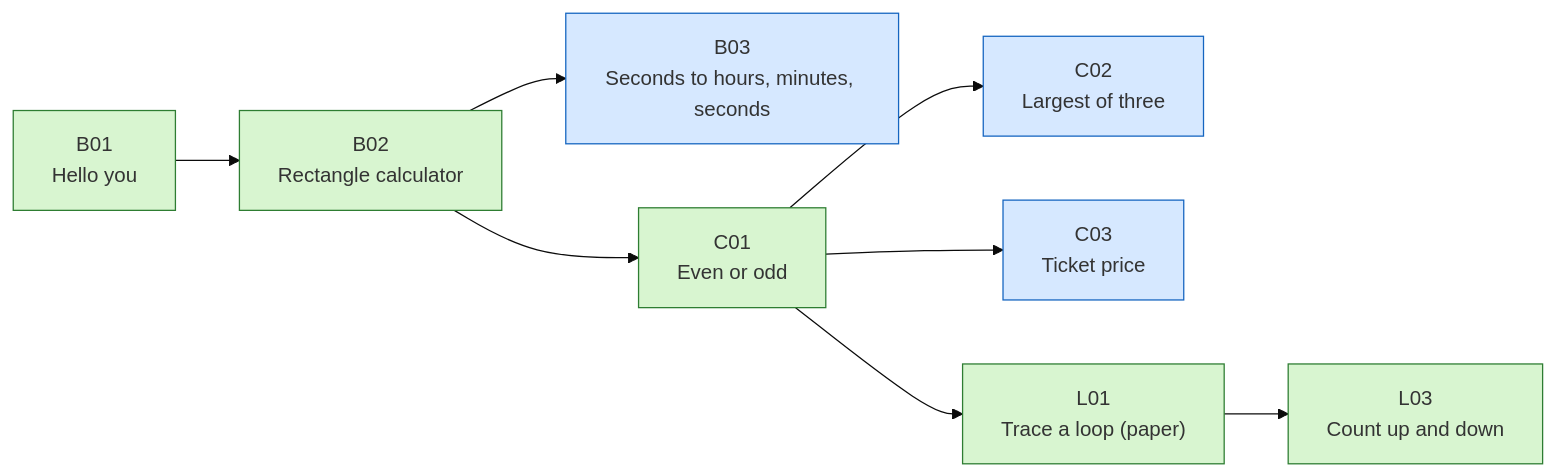
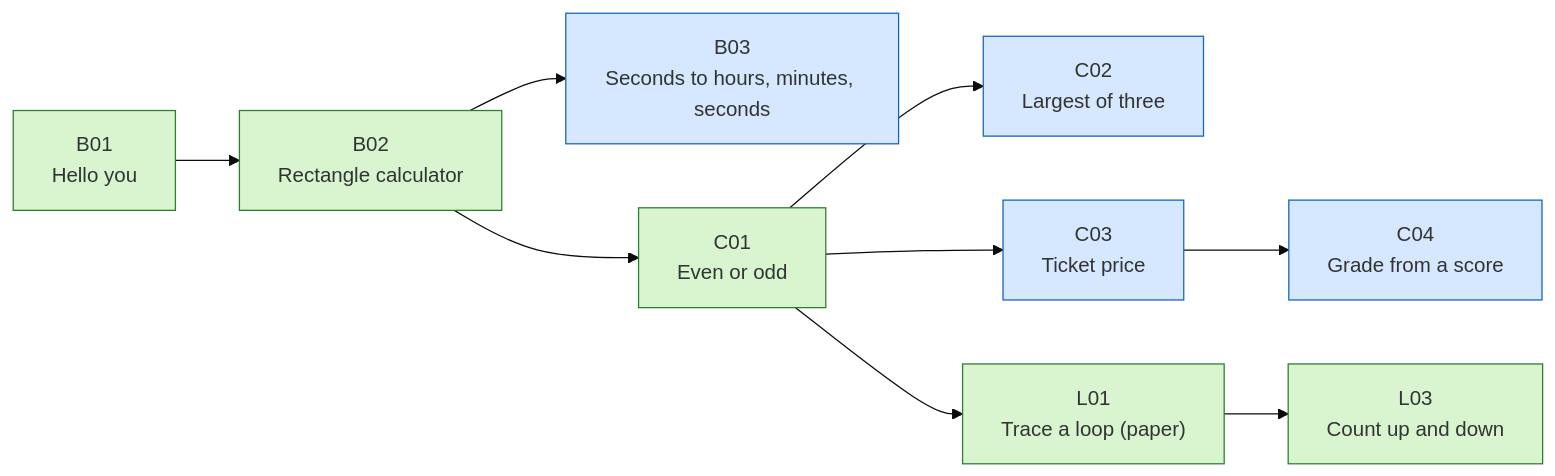
One commit to lfarci/csharp-programming-fundamentals changed the second of 3 diagrams in exercises/dependency-graph.md. Above: the diagram before and after it, drawn with Mermaid (base theme). The commit also changed other lines of this file and 64 other files, not shown here.

````diff
--- a/exercises/dependency-graph.md
+++ b/exercises/dependency-graph.md
@@ -103,24 +115,26 @@
 ```mermaid
 flowchart LR
     accTitle: Before loops (steps 1–3)
     accDescr: Each box is one exercise. An arrow from X to Y means do X before Y. The same order is written as text in the Before column of the inventory.
     classDef guided fill:#d8f5d0,stroke:#2e7d32
     classDef indep fill:#d6e8ff,stroke:#1565c0
     classDef chall fill:#ead9ff,stroke:#6a1b9a
     classDef teacher stroke-width:4px
     B01["B01<br/>Hello you"]:::guided
     B02["B02<br/>Rectangle calculator"]:::guided
     B03["B03<br/>Seconds to hours, minutes, seconds"]:::indep
     C01["C01<br/>Even or odd"]:::guided
     C02["C02<br/>Largest of three"]:::indep
     C03["C03<br/>Ticket price"]:::indep
+    C04["C04<br/>Grade from a score"]:::indep
     L01["L01<br/>Trace a loop (paper)"]:::guided
     L03["L03<br/>Count up and down"]:::guided
     B01 --> B02
     B02 --> B03
     B02 --> C01
     C01 --> C02
     C01 --> C03
+    C03 --> C04
     C01 --> L01
     L01 --> L03
 ```
````
